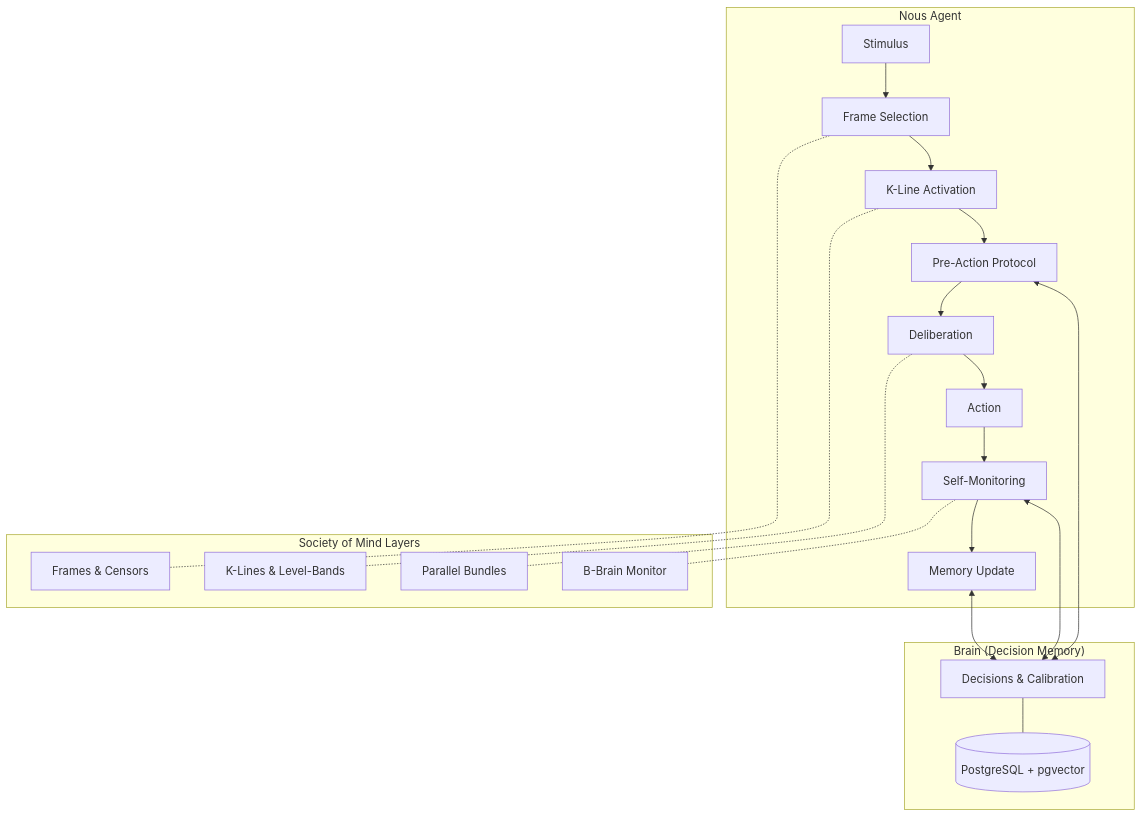
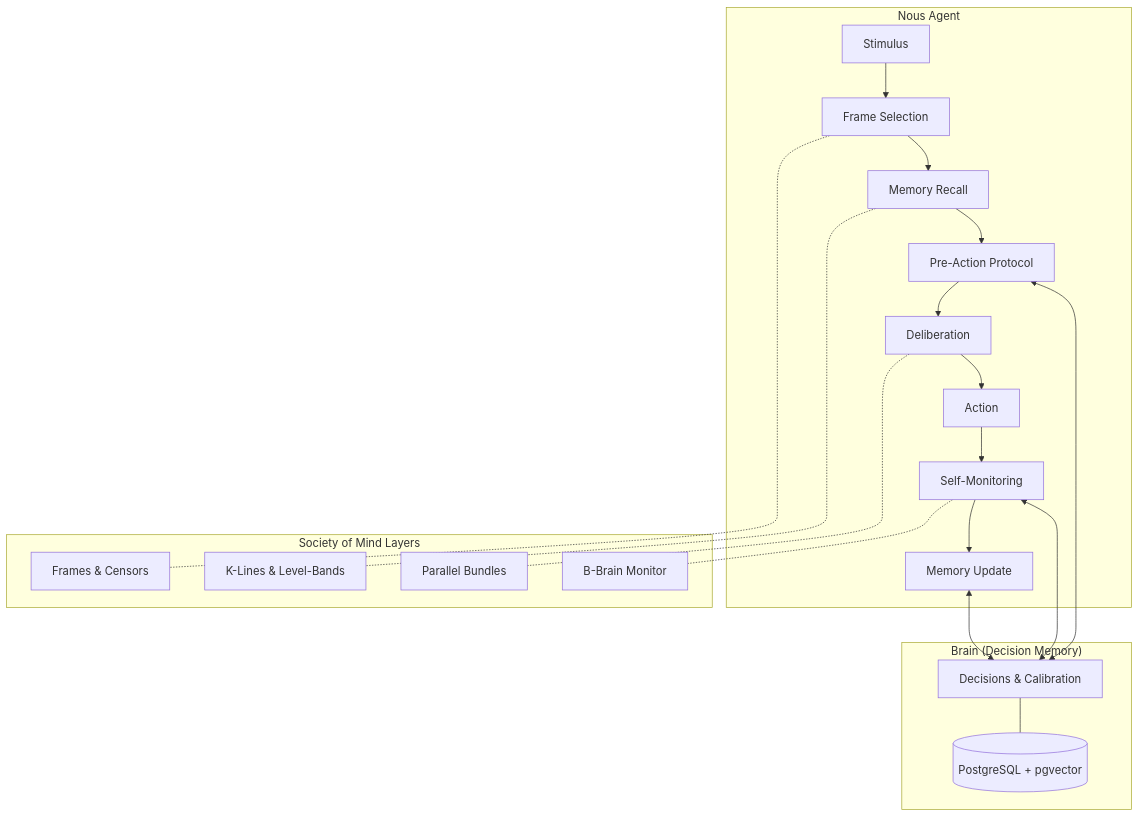
Before and after one commit to tfatykhov/nous: the first of 4 diagrams in README.md, drawn with Mermaid. The commit also changed other lines of this file, not shown here.

````diff
--- a/README.md
+++ b/README.md
@@ -28,26 +28,26 @@
 ```mermaid
 graph TB
     subgraph "Nous Agent"
         A[Stimulus] --> B[Frame Selection]
-        B --> C[K-Line Activation]
+        B --> C[Memory Recall]
         C --> D[Pre-Action Protocol]
         D --> E[Deliberation]
         E --> F[Action]
         F --> G[Self-Monitoring]
         G --> H[Memory Update]
     end
 
     subgraph "Brain (Decision Memory)"
         D <--> CE[Decisions & Calibration]
         G <--> CE
         H <--> CE
         CE --- PG[(PostgreSQL + pgvector)]
     end
 
     subgraph "Society of Mind Layers"
         B -.- FR[Frames & Censors]
         C -.- KL[K-Lines & Level-Bands]
         E -.- PB[Parallel Bundles]
         G -.- BB[B-Brain Monitor]
     end
 ```
````
